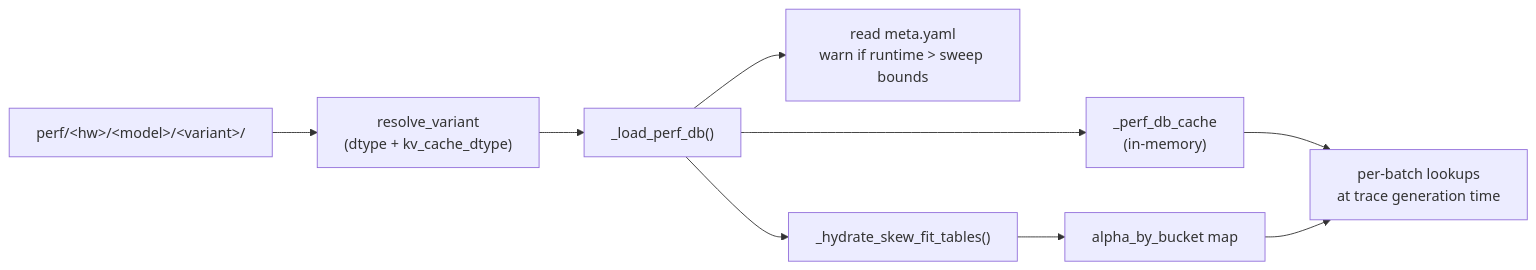
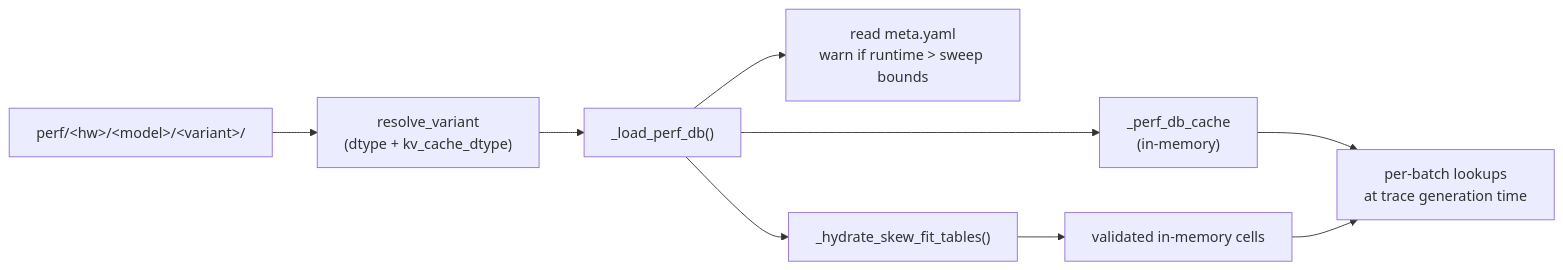
The diagram in docs/docs/profiler/output-bundle.md (casys-kaist/LLMServingSim), drawn with Mermaid before and after one commit. The commit also changed other lines of this file and 18 other files, not shown here.

````diff
--- a/docs/docs/profiler/output-bundle.md
+++ b/docs/docs/profiler/output-bundle.md
@@ -460,11 +442,11 @@
 ```mermaid
 flowchart LR
     PERF["perf/&lt;hw&gt;/&lt;model&gt;/&lt;variant&gt;/"] --> RESOLVE["resolve_variant<br/>(dtype + kv_cache_dtype)"]
     RESOLVE --> LOAD["_load_perf_db()"]
     LOAD --> CACHE["_perf_db_cache<br/>(in-memory)"]
     LOAD --> META["read meta.yaml<br/>warn if runtime &gt; sweep bounds"]
     LOAD --> SKEWHYD["_hydrate_skew_fit_tables()"]
-    SKEWHYD --> ALPHA["alpha_by_bucket map"]
+    SKEWHYD --> ALPHA["validated in-memory cells"]
     CACHE --> LOOKUPS["per-batch lookups<br/>at trace generation time"]
     ALPHA --> LOOKUPS
 ```
````
